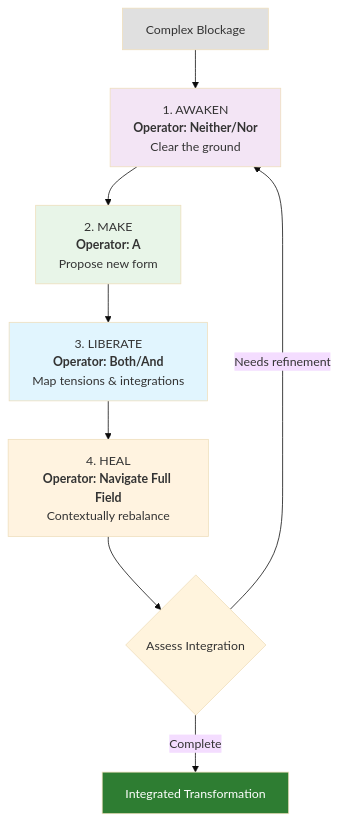
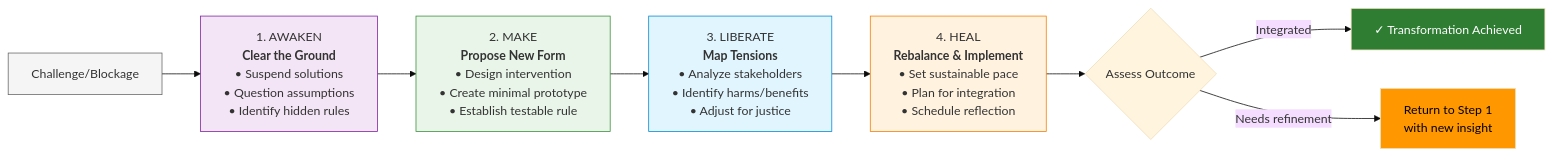
Before and after one commit to ravaioli/solarpunk-mandala: the third of 5 diagrams in framework/core-model/05-mandala-axis-four-pathways.md, drawn with Mermaid (base theme). The commit also changed other lines of this file, not shown here.

````diff
--- a/framework/core-model/05-mandala-axis-four-pathways.md
+++ b/framework/core-model/05-mandala-axis-four-pathways.md
@@ -225,21 +254,22 @@
 ```mermaid
-flowchart TD
-    Start["Complex Blockage"] --> Step1["1. AWAKEN<br><b>Operator: Neither/Nor</b><br>Clear the ground"]
+graph LR
+    Start["Challenge/Blockage"] --> Step1
     
-    Step1 --> Step2["2. MAKE<br><b>Operator: A</b><br>Propose new form"]
+    Step1["1. AWAKEN<br><b>Clear the Ground</b><br>• Suspend solutions<br>• Question assumptions<br>• Identify hidden rules"]
+    Step2["2. MAKE<br><b>Propose New Form</b><br>• Design intervention<br>• Create minimal prototype<br>• Establish testable rule"]
+    Step3["3. LIBERATE<br><b>Map Tensions</b><br>• Analyze stakeholders<br>• Identify harms/benefits<br>• Adjust for justice"]
+    Step4["4. HEAL<br><b>Rebalance & Implement</b><br>• Set sustainable pace<br>• Plan for integration<br>• Schedule reflection"]
     
-    Step2 --> Step3["3. LIBERATE<br><b>Operator: Both/And</b><br>Map tensions & integrations"]
+    Step1 --> Step2 --> Step3 --> Step4 --> Assess{"Assess Outcome"}
     
-    Step3 --> Step4["4. HEAL<br><b>Operator: Navigate Full Field</b><br>Contextually rebalance"]
+    Assess -->|Integrated| Success["✓ Transformation Achieved"]
+    Assess -->|Needs refinement| Iterate["Return to Step 1<br>with new insight"]
     
-    Step4 --> Assess{"Assess Integration"}
-    Assess -->|"Complete"| End["Integrated Transformation"]
-    Assess -->|"Needs refinement"| Step1
-    
-    style Start fill:#e0e0e0
-    style Step1 fill:#f3e5f5
-    style Step2 fill:#e8f5e8
-    style Step3 fill:#e1f5fe
-    style Step4 fill:#fff3e0
-    style End fill:#2e7d32,color:#fff
+    style Step1 fill:#f3e5f5,stroke:#7b1fa2
+    style Step2 fill:#e8f5e8,stroke:#388e3c
+    style Step3 fill:#e1f5fe,stroke:#0288d1
+    style Step4 fill:#fff3e0,stroke:#f57c00
+    style Start fill:#f5f5f5,stroke:#666
+    style Success fill:#2e7d32,color:#fff
+    style Iterate fill:#ff9800,color:#000
 ```
````
